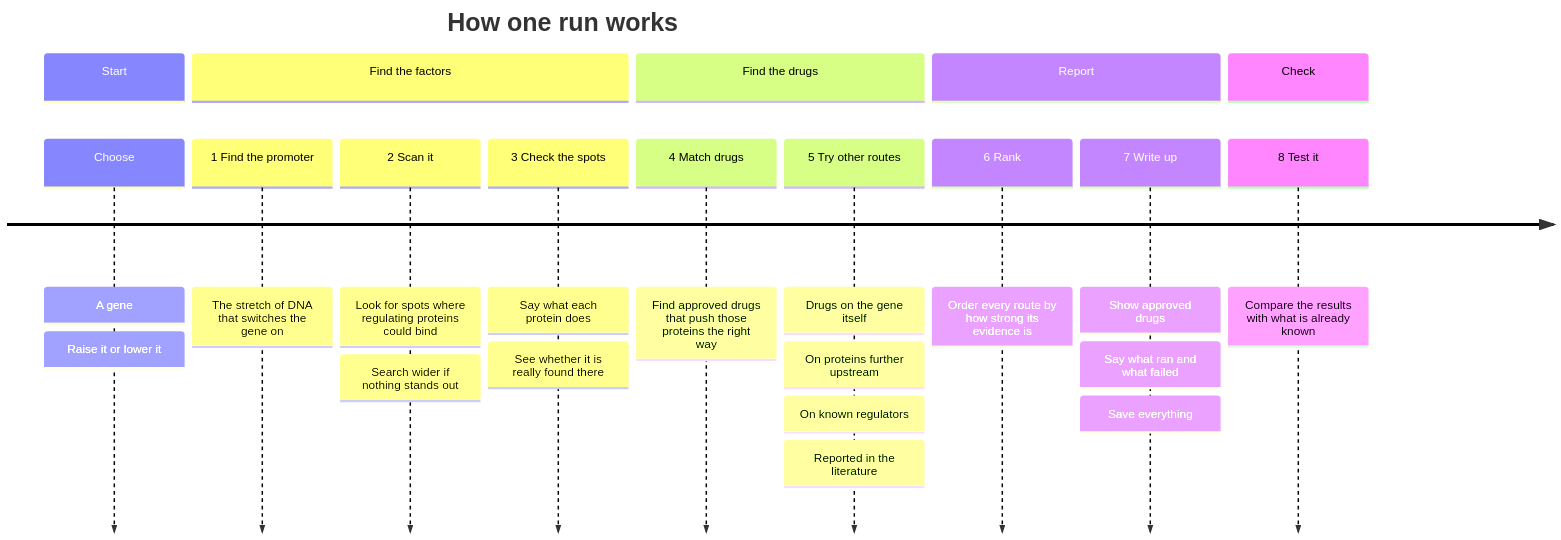
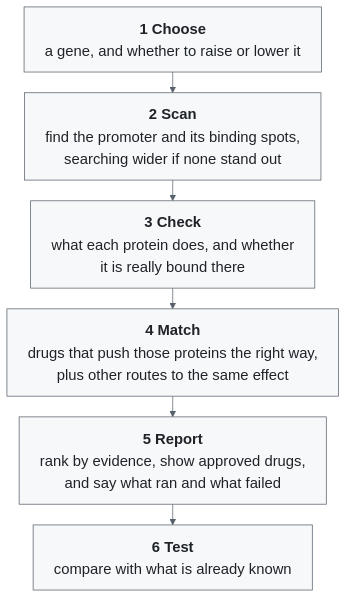
The diagram in README.md (kjmartin44/Martins), drawn with Mermaid before and after one commit. The commit also changed other lines of this file and 25 other files, not shown here.

````diff
--- a/README.md
+++ b/README.md
@@ -12,18 +17,24 @@
 ```mermaid
-timeline
-    title How one run works
-    section Start
-        Choose : A gene : Raise it or lower it
-    section Find the factors
-        1 Find the promoter : The stretch of DNA that switches the gene on
-        2 Scan it : Look for spots where regulating proteins could bind : Search wider if nothing stands out
-        3 Check the spots : Say what each protein does : See whether it is really found there
-    section Find the drugs
-        4 Match drugs : Find approved drugs that push those proteins the right way
-        5 Try other routes : Drugs on the gene itself : On proteins further upstream : On known regulators : Reported in the literature
-    section Report
-        6 Rank : Order every route by how strong its evidence is
-        7 Write up : Show approved drugs : Say what ran and what failed : Save everything
-    section Check
-        8 Test it : Compare the results with what is already known
+---
+config:
+  theme: base
+  themeVariables:
+    fontSize: 20px
+    primaryColor: "#f6f8fa"
+    primaryTextColor: "#1f2328"
+    primaryBorderColor: "#57606a"
+    lineColor: "#57606a"
+  flowchart:
+    wrappingWidth: 460
+    rankSpacing: 28
+    padding: 14
+---
+flowchart TB
+    A["<b>1 Choose</b><br/>a gene, and whether to raise or lower it"]
+    B["<b>2 Scan</b><br/>find the promoter and its binding spots,<br/>searching wider if none stand out"]
+    C["<b>3 Check</b><br/>what each protein does, and whether<br/>it is really bound there"]
+    D["<b>4 Match</b><br/>drugs that push those proteins the right way,<br/>plus other routes to the same effect"]
+    E["<b>5 Report</b><br/>rank by evidence, show approved drugs,<br/>and say what ran and what failed"]
+    F["<b>6 Test</b><br/>compare with what is already known"]
+    A --> B --> C --> D --> E --> F
 ```
````
